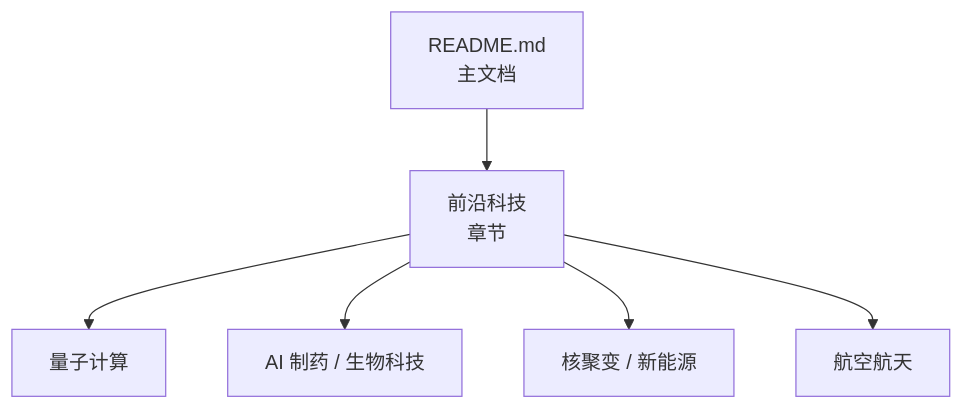
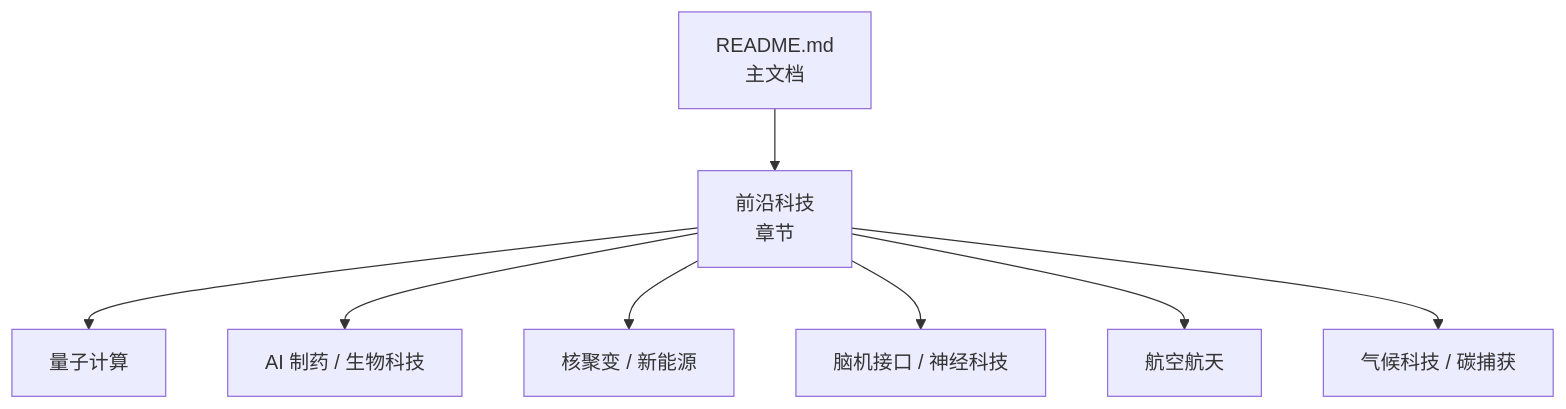
One commit to allengaller/awesome-startups changed the first of 9 diagrams in .qoder/repowiki/zh/content/前沿科技/前沿科技.md. Above: the diagram before and after it, drawn with Mermaid. The commit also changed other lines of this file and 20 other files, not shown here.

````diff
--- a/.qoder/repowiki/zh/content/前沿科技/前沿科技.md
+++ b/.qoder/repowiki/zh/content/前沿科技/前沿科技.md
@@ -26,8 +33,10 @@
 ```mermaid
 graph TB
 A["README.md<br/>主文档"] --> B["前沿科技<br/>章节"]
 B --> C["量子计算"]
 B --> D["AI 制药 / 生物科技"]
 B --> E["核聚变 / 新能源"]
-B --> F["航空航天"]
+B --> F["脑机接口 / 神经科技"]
+B --> G["航空航天"]
+B --> H["气候科技 / 碳捕获"]
 ```
````
